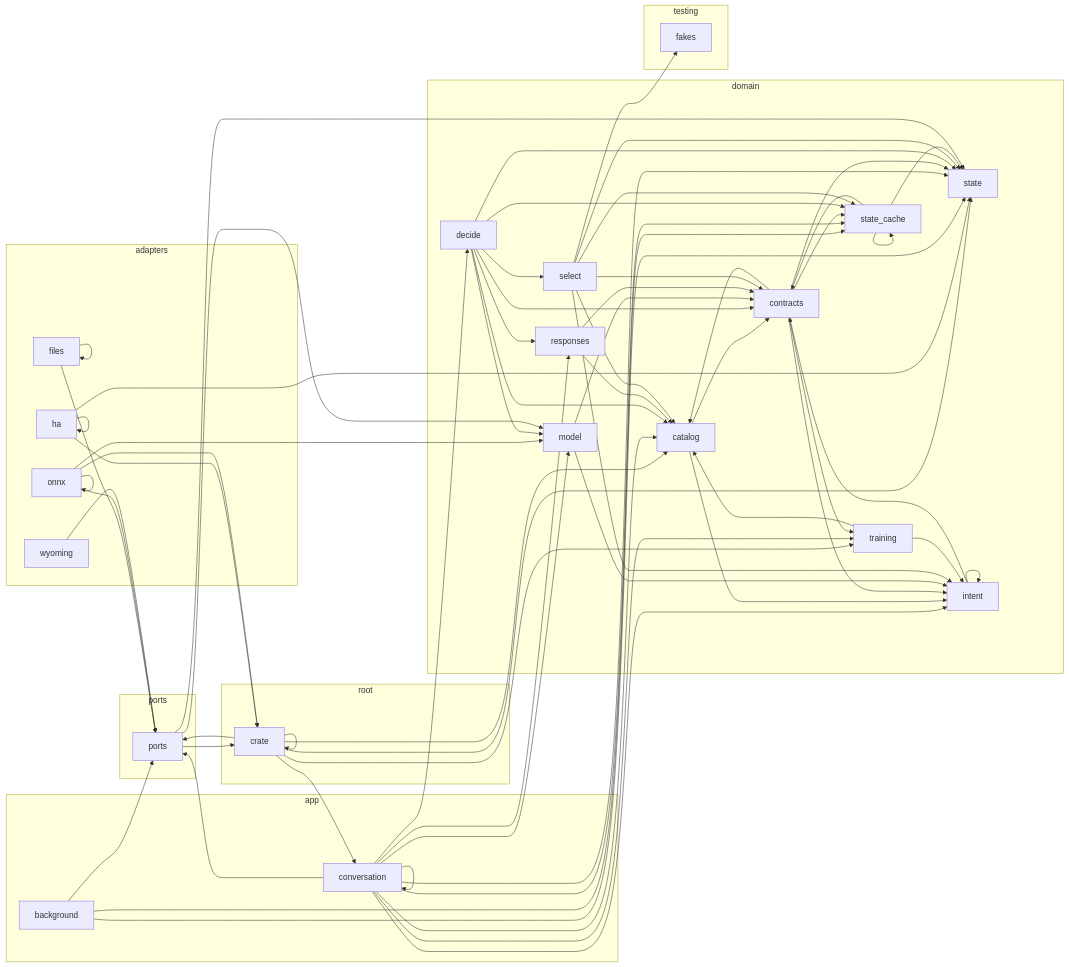
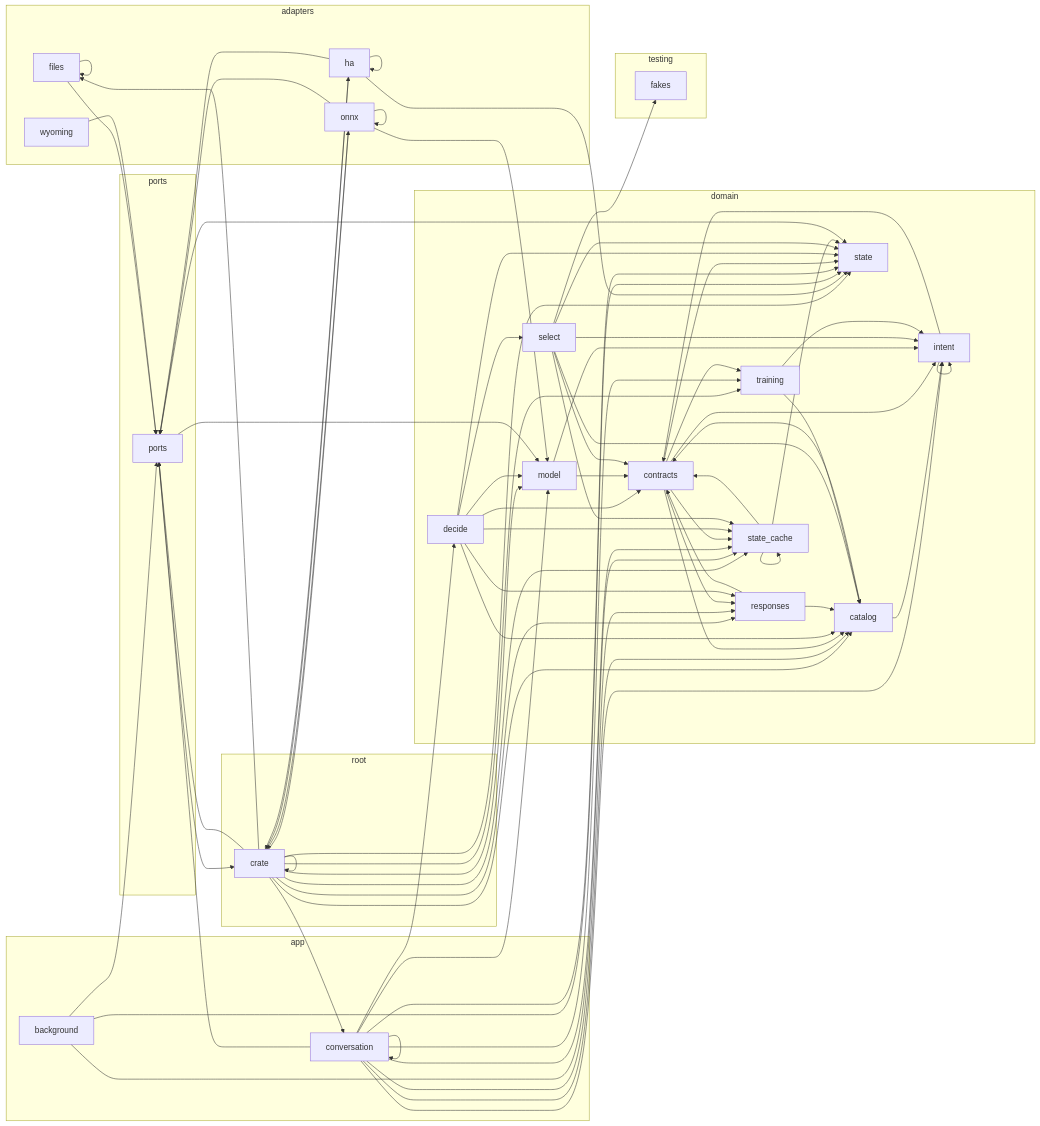
Before and after one commit to louislang/ha-jarvis: the diagram in docs/architecture.md, drawn with Mermaid. The commit also changed 7 other files, not shown here.

```diff
--- a/docs/architecture.md
+++ b/docs/architecture.md
@@ -36,9 +36,15 @@
         crate_testing_fakes[fakes]
     end
     crate --> crate
+    crate --> crate_adapters_files
+    crate --> crate_adapters_ha
+    crate --> crate_adapters_onnx
     crate --> crate_app_conversation
     crate --> crate_domain_catalog
+    crate --> crate_domain_model
+    crate --> crate_domain_responses
     crate --> crate_domain_state
+    crate --> crate_domain_state_cache
     crate --> crate_domain_training
     crate --> crate_ports
     crate_adapters_files --> crate_adapters_files
@@ -46,6 +52,7 @@
     crate_adapters_ha --> crate
     crate_adapters_ha --> crate_adapters_ha
     crate_adapters_ha --> crate_domain_state
+    crate_adapters_ha --> crate_ports
     crate_adapters_onnx --> crate
     crate_adapters_onnx --> crate_adapters_onnx
     crate_adapters_onnx --> crate_domain_model
@@ -68,6 +75,7 @@
     crate_domain_catalog --> crate_domain_intent
     crate_domain_contracts --> crate_domain_catalog
     crate_domain_contracts --> crate_domain_intent
+    crate_domain_contracts --> crate_domain_responses
     crate_domain_contracts --> crate_domain_state
     crate_domain_contracts --> crate_domain_state_cache
     crate_domain_contracts --> crate_domain_training
```
